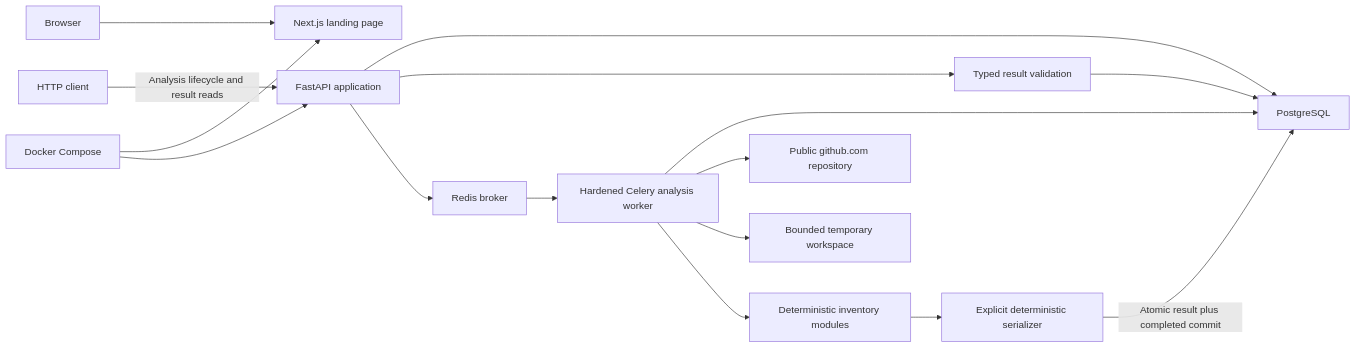
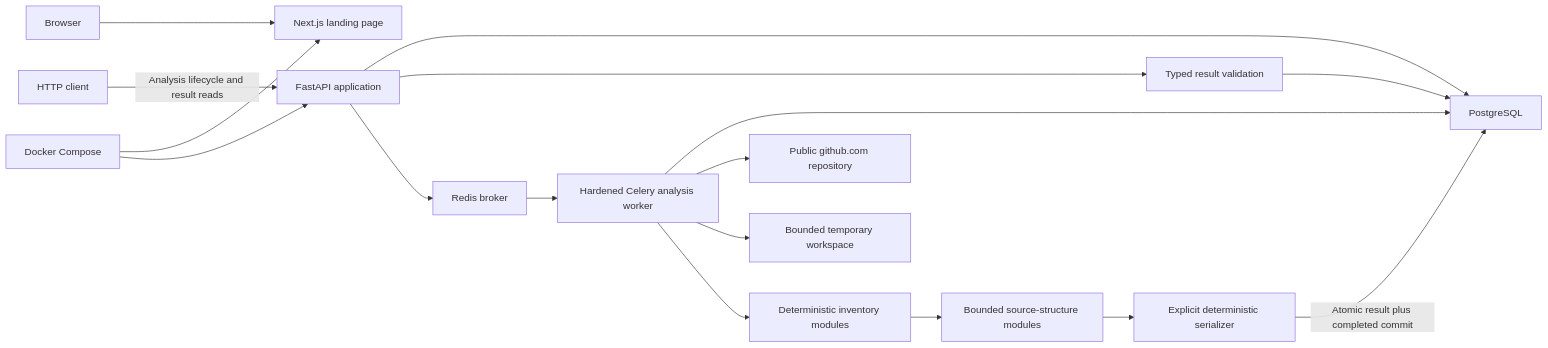
The first of 3 diagrams in docs/architecture.md (vedatbulucular/repolens), drawn with Mermaid before and after one commit. The commit also changed other lines of this file and 32 other files, not shown here.

Commit message:
feat(api): add safe source structure analysis

````diff
--- a/docs/architecture.md
+++ b/docs/architecture.md
@@ -26,18 +26,19 @@
 ```mermaid
 flowchart LR
     B["Browser"] --> W["Next.js landing page"]
     C["HTTP client"] -->|"Analysis lifecycle and result reads"| A["FastAPI application"]
     D["Docker Compose"] --> W
     D --> A
     A --> P["PostgreSQL"]
     A --> J["Typed result validation"]
     J --> P
     A --> R["Redis broker"]
     R --> K["Hardened Celery analysis worker"]
     K --> P
     K --> G["Public github.com repository"]
     K --> T["Bounded temporary workspace"]
     K --> E["Deterministic inventory modules"]
-    E --> S["Explicit deterministic serializer"]
+    E --> Q["Bounded source-structure modules"]
+    Q --> S["Explicit deterministic serializer"]
     S -->|"Atomic result plus completed commit"| P
 ```
````
